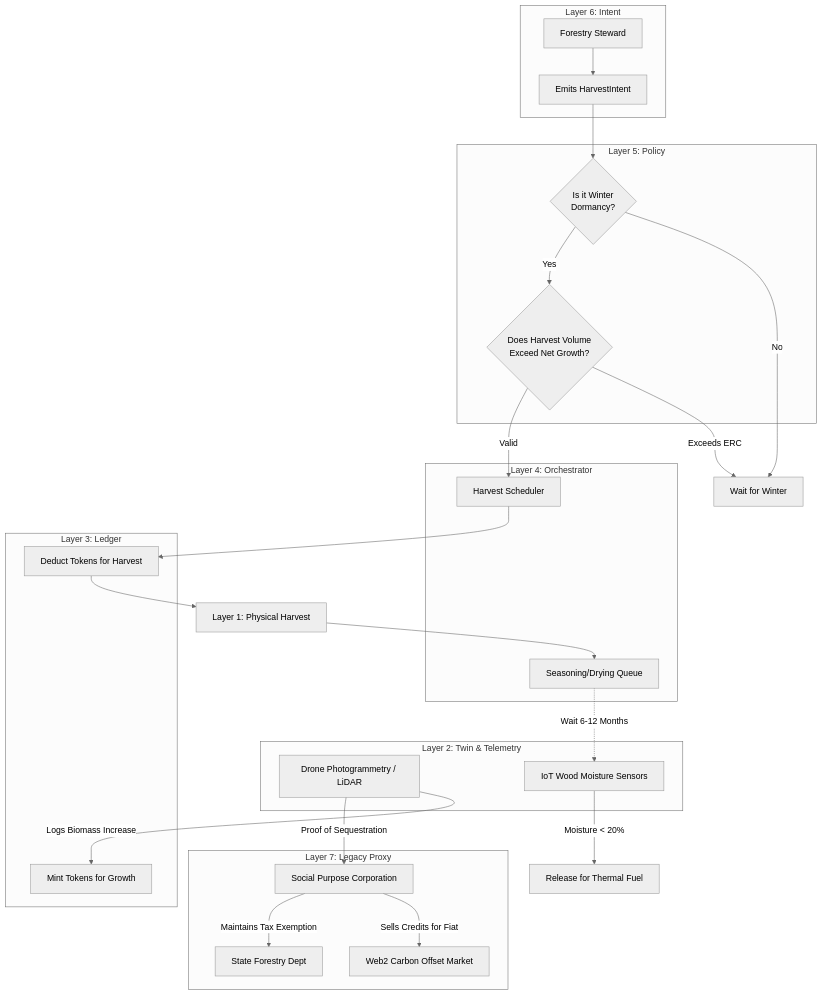
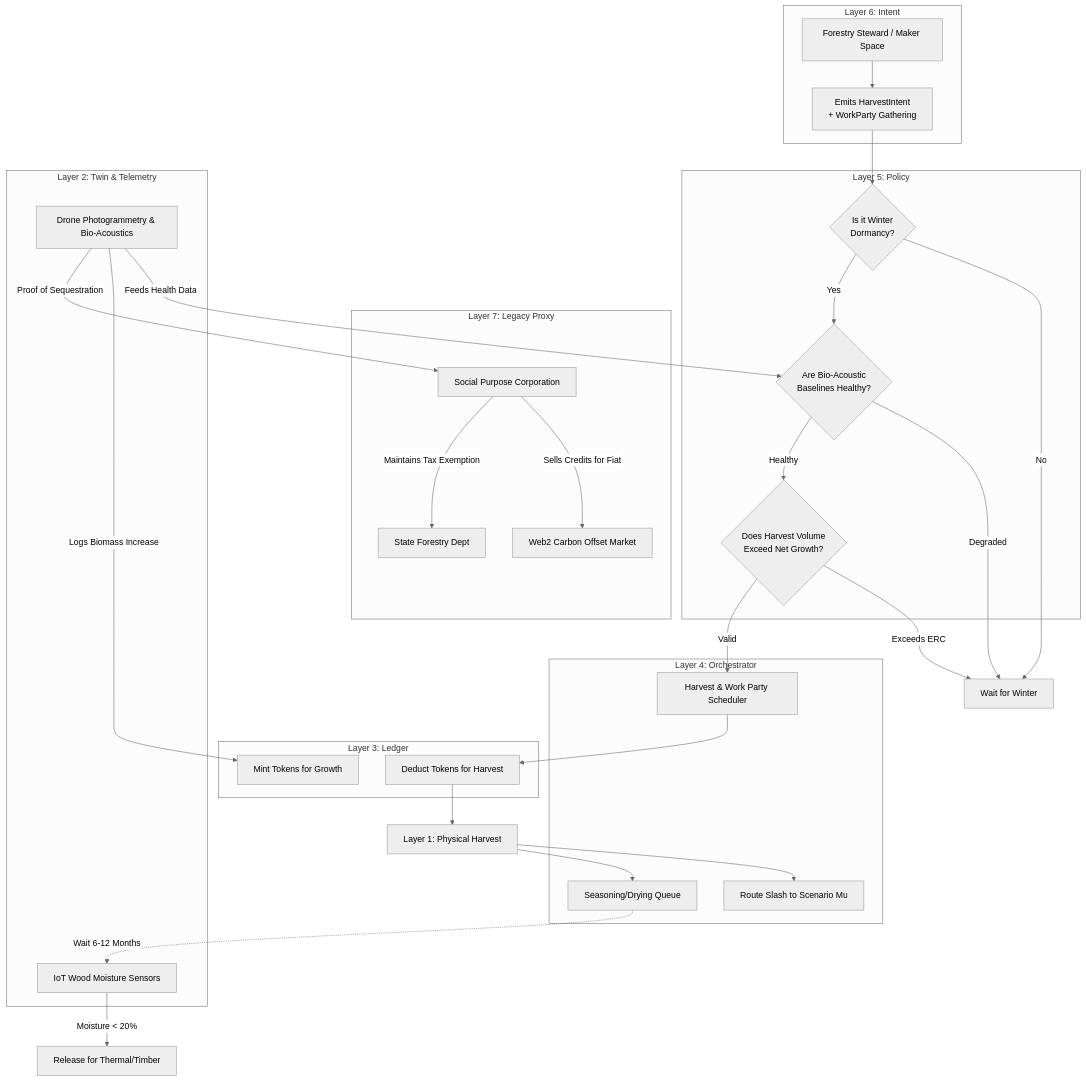
The diagram in docs/scenarios/eta_coppice.md (raffaine/collective), drawn with Mermaid (neutral theme) before and after one commit. The commit also changed other lines of this file and 25 other files, not shown here.

Commit message:
docs: enrich scenarios (Alpha through Omega) and establish Prime Genesis roadmap

````diff
--- a/docs/scenarios/eta_coppice.md
+++ b/docs/scenarios/eta_coppice.md
@@ -45,55 +48,63 @@
 ```mermaid
 graph TD
     subgraph Layer 7: Legacy Proxy
         Gov[State Forestry Dept]
         CarbonMarket[Web2 Carbon Offset Market]
         SPC[Social Purpose Corporation]
     end
 
     subgraph Layer 6: Intent
-        Steward[Forestry Steward]
-        Intent[Emits HarvestIntent]
+        Steward[Forestry Steward / Maker Space]
+        Intent[Emits HarvestIntent <br> + WorkParty Gathering]
     end
 
     subgraph Layer 5: Policy
         ERCCheck{Does Harvest Volume <br> Exceed Net Growth?}
         SeasonCheck{Is it Winter <br> Dormancy?}
+        BioCheck{Are Bio-Acoustic <br> Baselines Healthy?}
     end
 
     subgraph Layer 4: Orchestrator
-        BPMN[Harvest Scheduler]
+        BPMN[Harvest & Work Party Scheduler]
         Seasoning[Seasoning/Drying Queue]
+        MuHook[Route Slash to Scenario Mu]
     end
 
     subgraph Layer 3: Ledger
         Mint[Mint Tokens for Growth]
         Deduct[Deduct Tokens for Harvest]
     end
 
     subgraph Layer 2: Twin & Telemetry
-        GIS[Drone Photogrammetry / LiDAR]
+        GIS[Drone Photogrammetry & Bio-Acoustics]
         Moisture[IoT Wood Moisture Sensors]
     end
 
     %% Legacy Flow
     SPC -->|Maintains Tax Exemption| Gov
     GIS -->|Proof of Sequestration| SPC
     SPC -->|Sells Credits for Fiat| CarbonMarket
 
     %% Sovereign Flow
     GIS -->|Logs Biomass Increase| Mint
+    GIS -->|Feeds Health Data| BioCheck
+    
     Steward --> Intent
     Intent --> SeasonCheck
-    SeasonCheck -->|Yes| ERCCheck
+    SeasonCheck -->|Yes| BioCheck
     SeasonCheck -->|No| Reject[Wait for Winter]
+    
+    BioCheck -->|Healthy| ERCCheck
+    BioCheck -->|Degraded| Reject
     
     ERCCheck -->|Valid| BPMN
     ERCCheck -->|Exceeds ERC| Reject
     
     BPMN --> Deduct
     Deduct --> Action[Layer 1: Physical Harvest]
     
     Action --> Seasoning
+    Action --> MuHook
     Seasoning -.->|Wait 6-12 Months| Moisture
-    Moisture -->|Moisture < 20%| Fuel[Release for Thermal Fuel]
+    Moisture -->|Moisture < 20%| Fuel[Release for Thermal/Timber]
 ```
````
